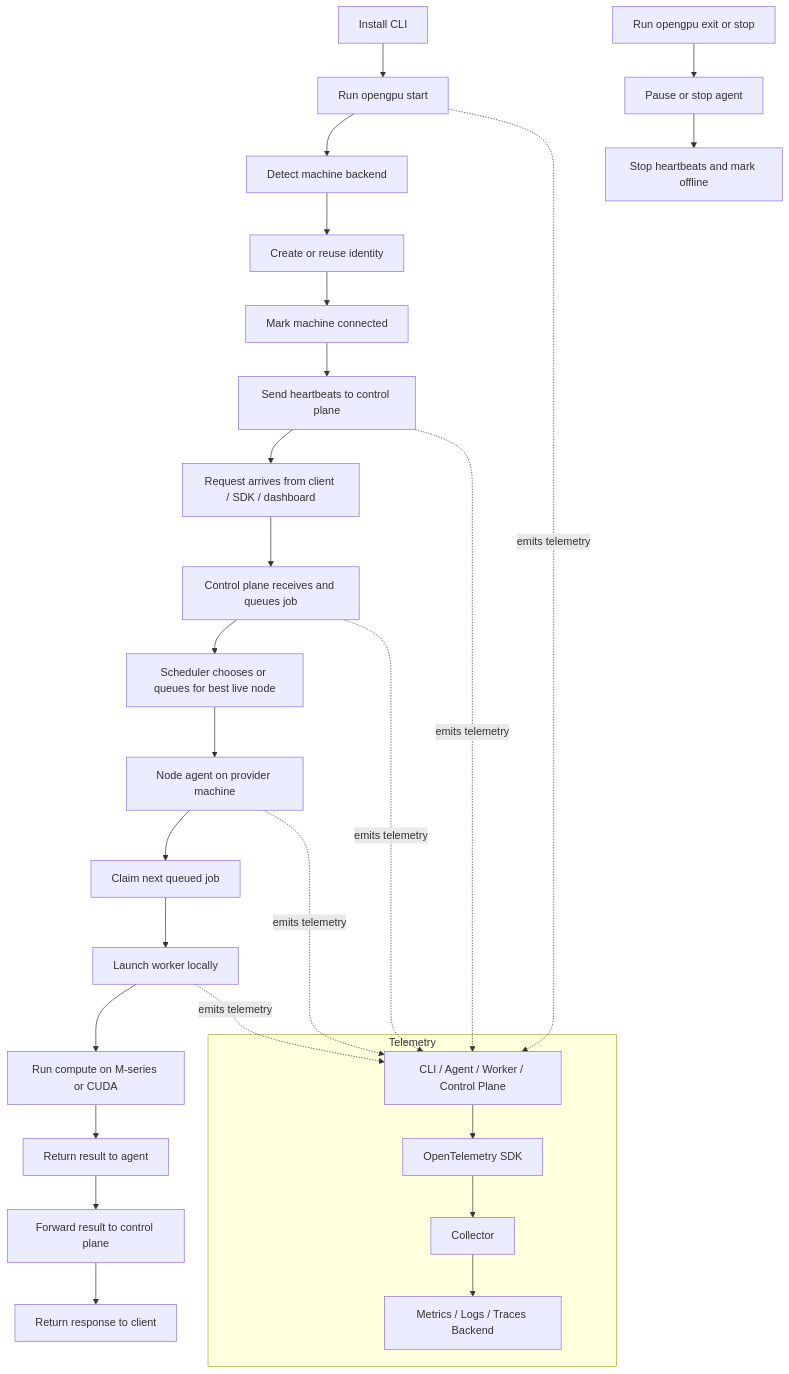
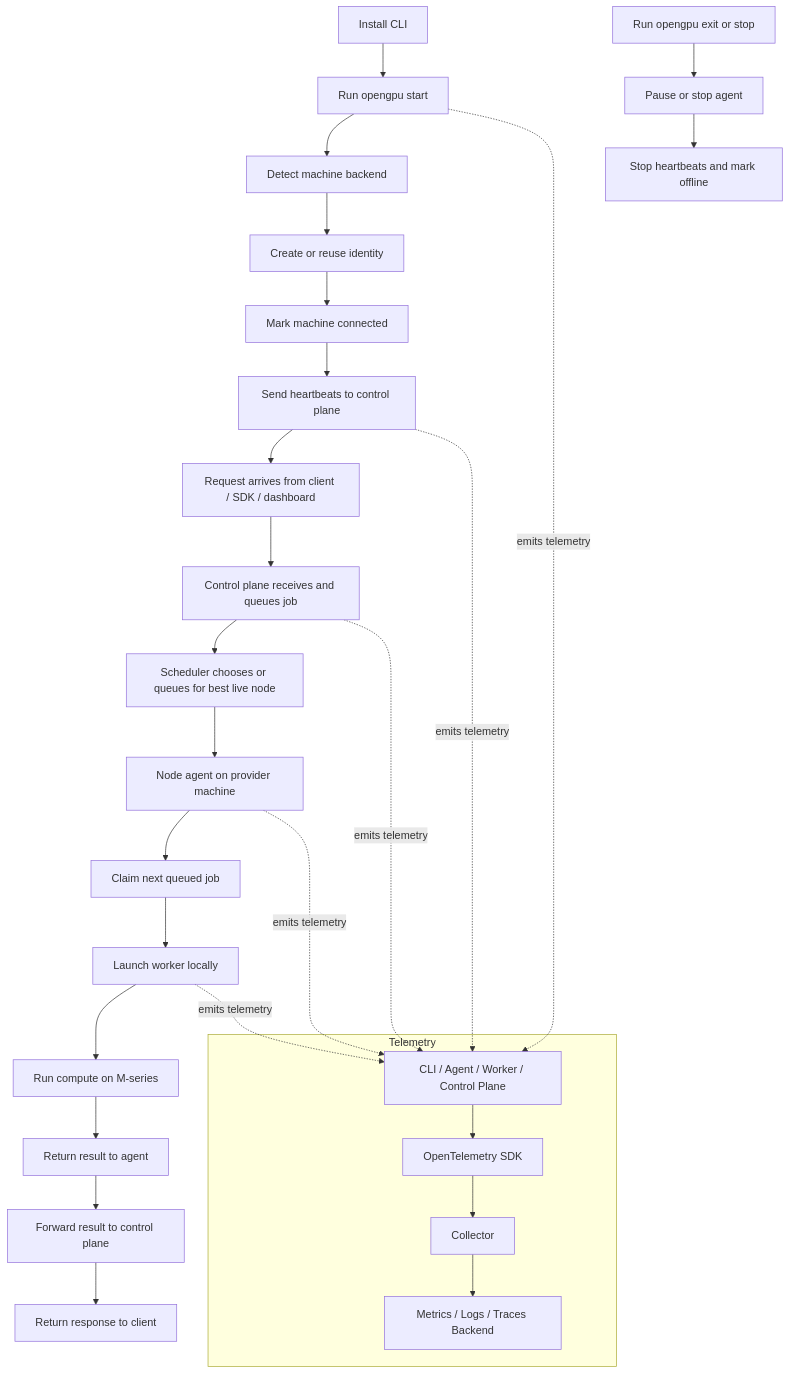
The diagram in docs/system-flow.md (novusmundus2025/mundusx), drawn with Mermaid before and after one commit. The commit also changed other lines of this file and 16 other files, not shown here.

````diff
--- a/docs/system-flow.md
+++ b/docs/system-flow.md
@@ -5,36 +5,36 @@
 ```mermaid
 flowchart TD
     I[Install CLI] --> S[Run opengpu start]
     S --> D[Detect machine backend]
     D --> C[Create or reuse identity]
     C --> M[Mark machine connected]
     M --> H[Send heartbeats to control plane]
 
     H --> Q[Request arrives from client / SDK / dashboard]
     Q --> CP[Control plane receives and queues job]
     CP --> SCH[Scheduler chooses or queues for best live node]
     SCH --> A[Node agent on provider machine]
     A --> J[Claim next queued job]
     J --> W[Launch worker locally]
-    W --> X[Run compute on M-series or CUDA]
+    W --> X[Run compute on M-series]
     X --> R[Return result to agent]
     R --> CP2[Forward result to control plane]
     CP2 --> O[Return response to client]
 
     subgraph Telemetry
         T[CLI / Agent / Worker / Control Plane]
         OT[OpenTelemetry SDK]
         COL[Collector]
         BK[Metrics / Logs / Traces Backend]
         T --> OT --> COL --> BK
     end
 
     S -. emits telemetry .-> T
     H -. emits telemetry .-> T
     CP -. emits telemetry .-> T
     A -. emits telemetry .-> T
     W -. emits telemetry .-> T
 
     Z[Run opengpu exit or stop] --> U[Pause or stop agent]
     U --> F[Stop heartbeats and mark offline]
 ```
````
